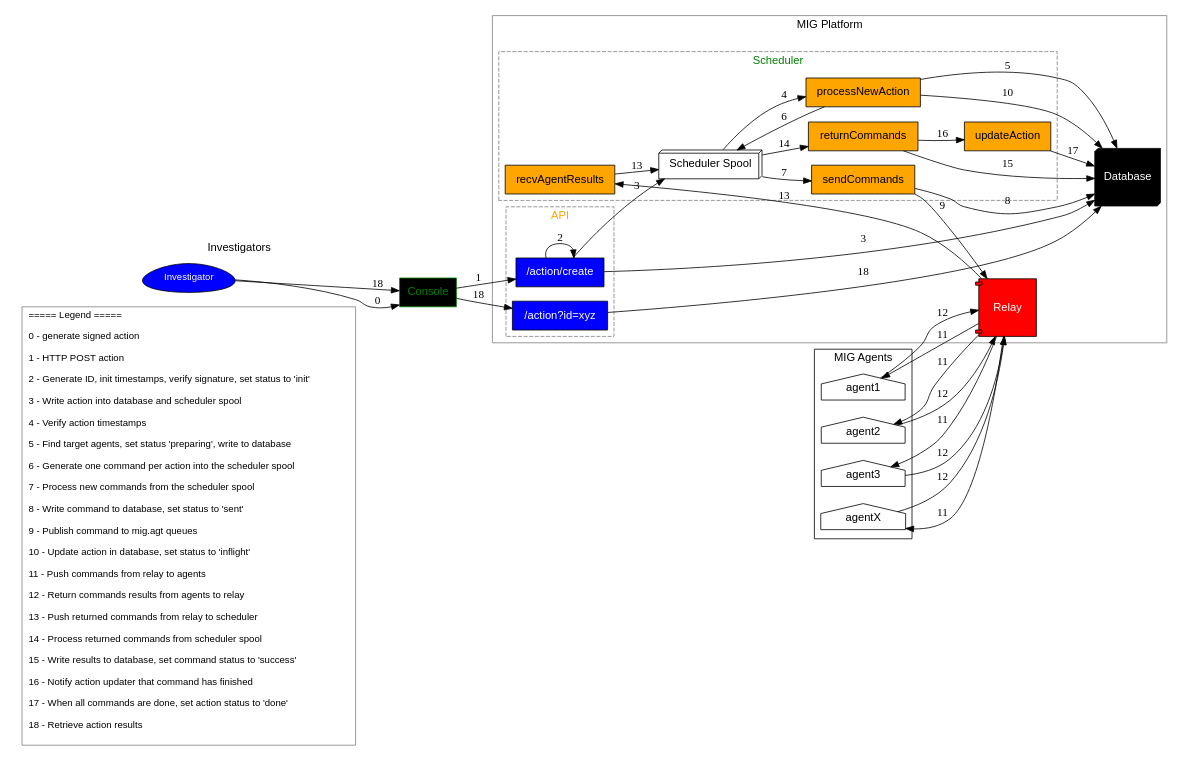
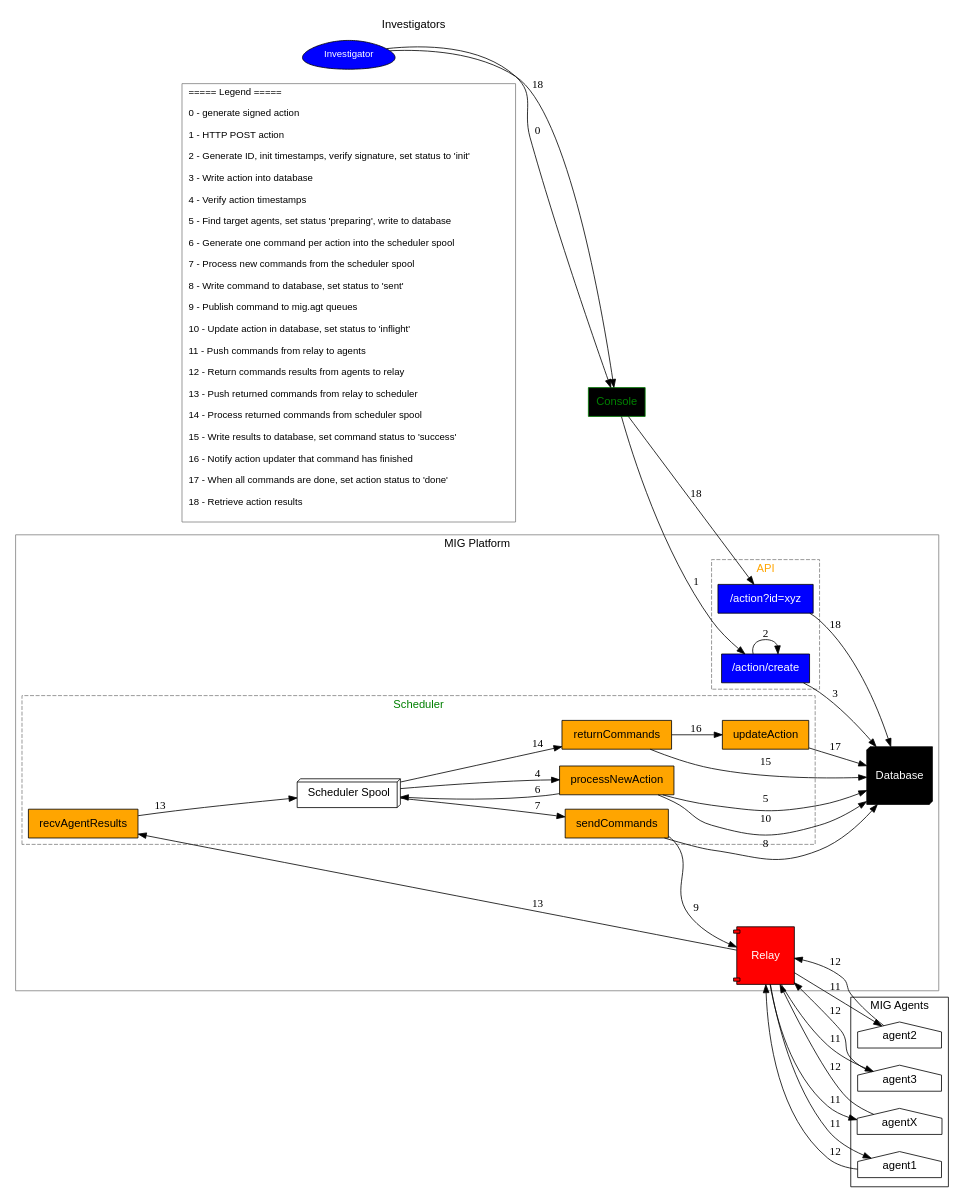
The diagram in doc/.files/action_command_flow.dot (mozilla/mig), drawn with Graphviz before and after one commit. The commit also changed 10 other files, not shown here.

Commit message:
[medium] store pending actions in database instead of spool

```diff
--- a/doc/.files/action_command_flow.dot
+++ b/doc/.files/action_command_flow.dot
@@ -1,80 +1,79 @@
 // generate with dot -Tsvg -o action_command_flow.svg action_command_flow.dot
 digraph mig {
     fontname="Helvetica";
     rankdir=LR;
     bgcolor=white;
     subgraph cluster_investigator {
         label="Investigators"
         color=white;
         "Investigator"[shape=egg label="Investigator" fontsize=12 fontcolor=white penwidth=1 style=filled fillcolor=blue fontname="Helvetica"];
         "Console"[shape=box label="Console" color=green style=filled fillcolor=black fontcolor=green fontname="Helvetica"];
         "Legend"[shape=box color=gray fontcolor=black fontname="Helvetica" fontsize=12
             label="===== Legend =====\l
 0 - generate signed action\l
 1 - HTTP POST action\l
 2 - Generate ID, init timestamps, verify signature, set status to 'init'\l
-3 - Write action into database and scheduler spool\l
+3 - Write action into database\l
 4 - Verify action timestamps\l
 5 - Find target agents, set status 'preparing', write to database\l
 6 - Generate one command per action into the scheduler spool\l
 7 - Process new commands from the scheduler spool\l
 8 - Write command to database, set status to 'sent'\l
 9 - Publish command to mig.agt queues\l
 10 - Update action in database, set status to 'inflight'\l
 11 - Push commands from relay to agents\l
 12 - Return commands results from agents to relay\l
 13 - Push returned commands from relay to scheduler\l
 14 - Process returned commands from scheduler spool\l
 15 - Write results to database, set command status to 'success'\l
 16 - Notify action updater that command has finished\l
 17 - When all commands are done, set action status to 'done'\l
 18 - Retrieve action results\l
 "];
     }
     subgraph cluster_platform {
         label="MIG Platform" style=solid color=gray fontcolor=black;
         subgraph cluster_api {
             label="API" style=dashed color=gray fontcolor=orange;
             "/action/create"[shape=box label="/action/create" color=black style=filled fillcolor=blue fontcolor=white fontname="Helvetica"];
             "/action?id=xyz"[shape=box label="/action?id=xyz" color=black style=filled fillcolor=blue fontcolor=white fontname="Helvetica"];
         }
         subgraph cluster_scheduler {
             label="Scheduler" style=dashed color=gray fontcolor=green;
             "SchedulerSpool"[shape=box3d label="Scheduler Spool" color=black style=filled fillcolor=white fontname="Helvetica"];
             "processNewAction"[shape=box label="processNewAction" color=black style=filled fillcolor=orange fontname="Helvetica"];
             "sendCommands"[shape=box label="sendCommands" color=black style=filled fillcolor=orange fontname="Helvetica"];
             "recvAgentResults"[shape=box label="recvAgentResults" color=black style=filled fillcolor=orange fontname="Helvetica"];
             "returnCommands"[shape=box label="returnCommands" color=black style=filled fillcolor=orange fontname="Helvetica"];
             "updateAction"[shape=box label="updateAction" color=black style=filled fillcolor=orange fontname="Helvetica"];
         }
         "Database"[shape=box3d label="Database" color=black style=filled fillcolor=black fontcolor=white fontname="Helvetica" width=1 height=1];
         "Relay"[shape=component label="Relay" color=black style=filled fillcolor=red fontcolor=white fontname="Helvetica" width=1 height=1];
     }
     subgraph cluster_agents {
         label="MIG Agents"
         "agent1"[shape=house label="agent1" color=black style=filled fillcolor=white fontname="Helvetica"];
         "agent2"[shape=house label="agent2" color=black style=filled fillcolor=white fontname="Helvetica"];
         "agent3"[shape=house label="agent3" color=black style=filled fillcolor=white fontname="Helvetica"];
         "agentX"[shape=house label="agentX" color=black style=filled fillcolor=white fontname="Helvetica"];
     }
     "Investigator" -> {"Console"}[label="0"];
     "Console"->"/action/create"[label="1"];
     "/action/create"->"/action/create"[label="2"];
     "/action/create"->"Database"[label="3"];
-    "/action/create"->"SchedulerSpool"[label="3"];
     "SchedulerSpool"->"processNewAction"[label="4"];
     "processNewAction"->"Database"[label="5"];
     "processNewAction"->"SchedulerSpool"[label="6"];
     "SchedulerSpool"->"sendCommands"[label="7"];
     "sendCommands"->"Database"[label="8"];
     "sendCommands"->"Relay"[label="9"];
     "processNewAction"->"Database"[label="10"];
     "Relay"->{"agent1", "agent2", "agent3", "agentX"}[label="11"];
     {"agent1", "agent2", "agent3", "agentX"} -> "Relay"[label="12"];
     "Relay"->"recvAgentResults"->"SchedulerSpool"[label="13"];
     "SchedulerSpool"->"returnCommands"[label="14"];
     "returnCommands"->"Database"[label="15"];
     "returnCommands"->"updateAction"[label="16"];
     "updateAction"->"Database"[label="17"];
     "Investigator"->"Console"->"/action?id=xyz"->"Database"[label="18"]
 }
```
